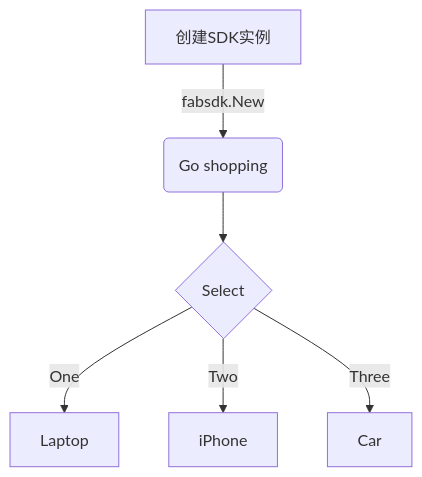
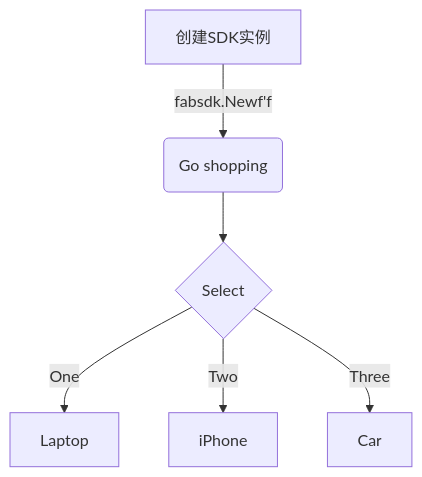
The diagram in all/未命名.md (Utekichan/iodraw-files), drawn with Mermaid before and after one commit.

Commit message:
2024-03-30 22:02:35 update

````diff
--- a/all/未命名.md
+++ b/all/未命名.md
@@ -1,9 +1,9 @@
 ```mermaid
 graph TD
-    A[创建SDK实例] -->|fabsdk.New| B(Go shopping)
+    A[创建SDK实例] -->|fabsdk.Newf'f| B(Go shopping)
     B --> C{Select}
     C -->|One| D[Laptop]
     C -->|Two| E[iPhone]
     C -->|Three| F[Car]
   
 ```
````
